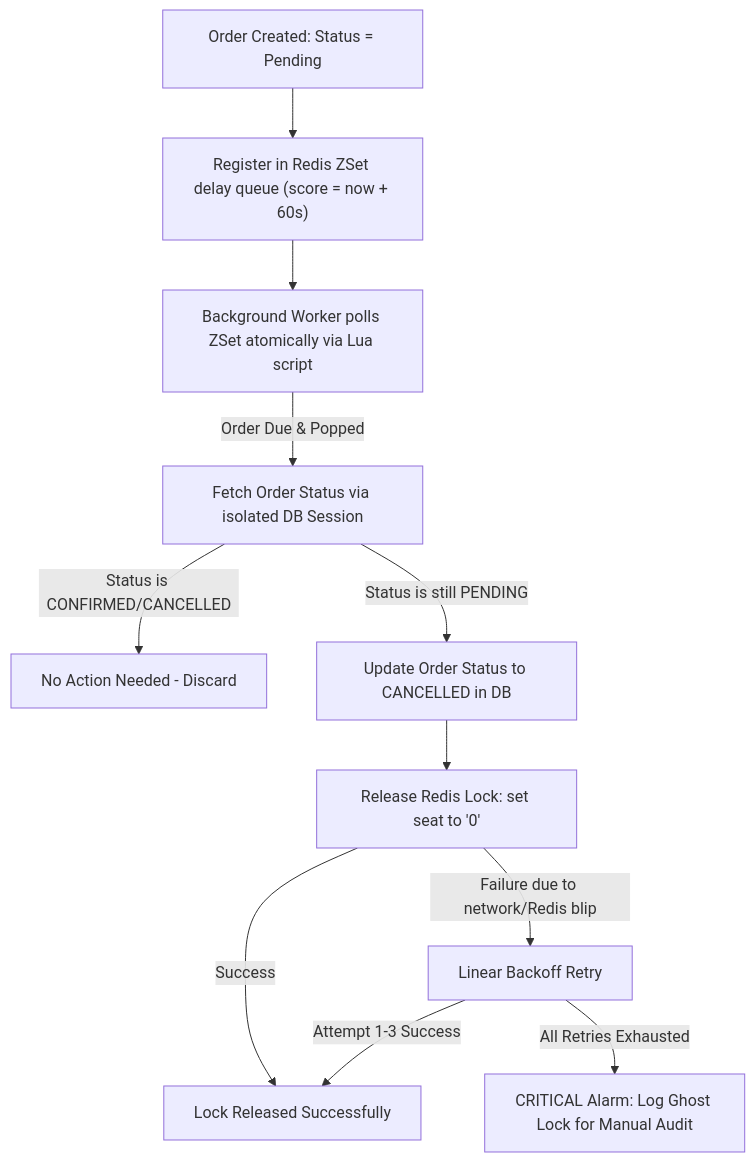
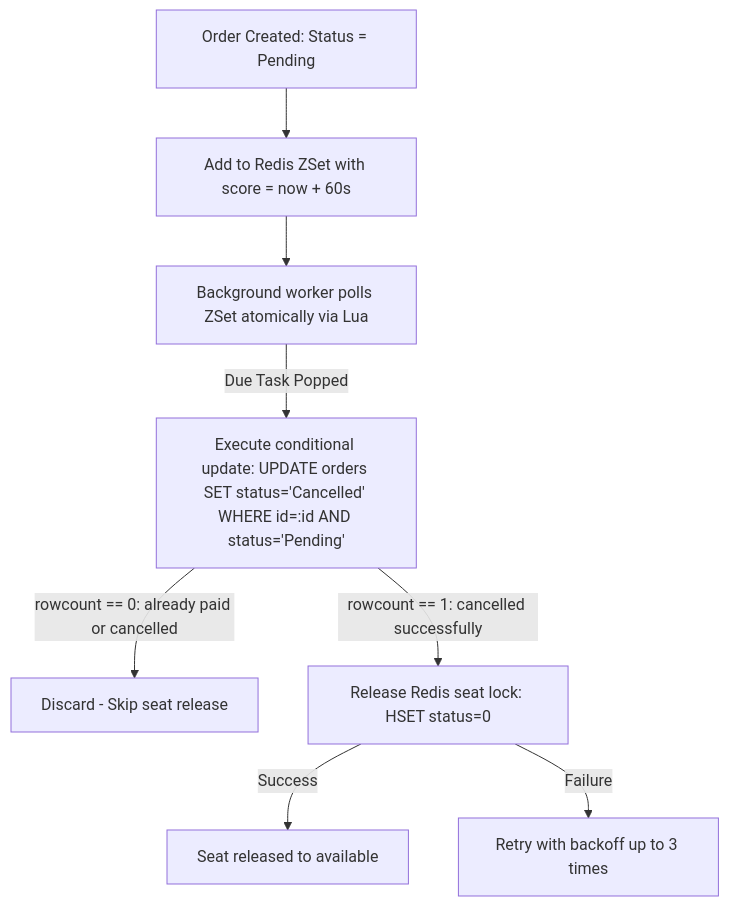
One commit to DEM-YU/flight_backend_project changed the second of 2 diagrams in README.md. Above: the diagram before and after it, drawn with Mermaid. The commit also changed other lines of this file, not shown here.

````diff
--- a/README.md
+++ b/README.md
@@ -66,13 +131,10 @@
 ```mermaid
 graph TD
-    A[Order Created: Status = Pending] --> B["Register in Redis ZSet delay queue (score = now + 60s)"]
-    B --> C["Background Worker polls ZSet atomically via Lua script"]
-    C -->|Order Due & Popped| D[Fetch Order Status via isolated DB Session]
-    D -->|Status is CONFIRMED/CANCELLED| E[No Action Needed - Discard]
-    D -->|Status is still PENDING| F[Update Order Status to CANCELLED in DB]
-    F --> G["Release Redis Lock: set seat to '0'"]
-    G -->|Success| H[Lock Released Successfully]
-    G -->|Failure due to network/Redis blip| I[Linear Backoff Retry]
-    I -->|Attempt 1-3 Success| H
-    I -->|All Retries Exhausted| J[CRITICAL Alarm: Log Ghost Lock for Manual Audit]
+    A[Order Created: Status = Pending] --> B["Add to Redis ZSet with score = now + 60s"]
+    B --> C["Background worker polls ZSet atomically via Lua"]
+    C -->|Due Task Popped| D["Execute conditional update: UPDATE orders SET status='Cancelled' WHERE id=:id AND status='Pending'"]
+    D -->|rowcount == 0: already paid or cancelled| E[Discard - Skip seat release]
+    D -->|rowcount == 1: cancelled successfully| F["Release Redis seat lock: HSET status=0"]
+    F -->|Success| G[Seat released to available]
+    F -->|Failure| H[Retry with backoff up to 3 times]
 ```
````
